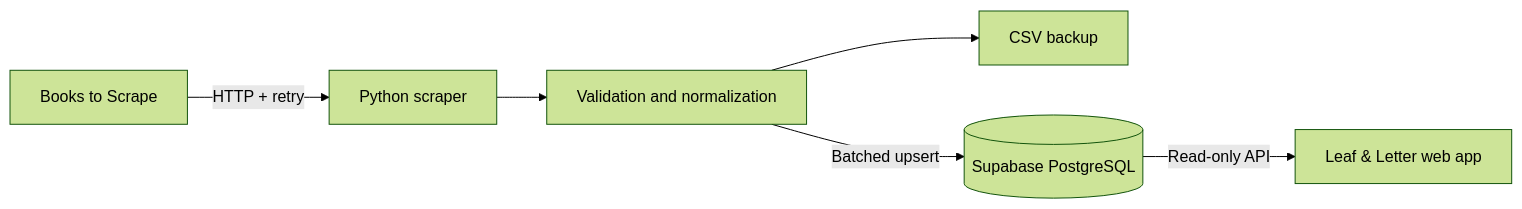
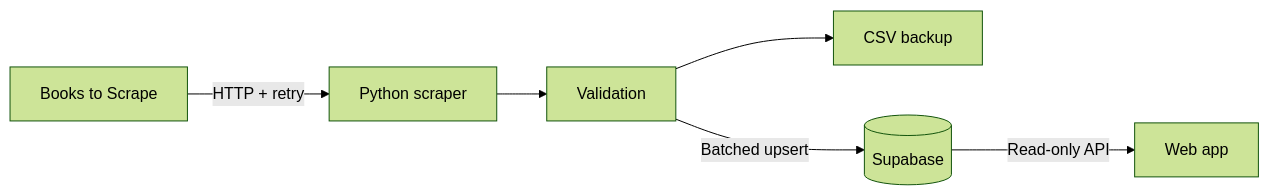
Before and after one commit to uccio-hub/ai-programming-final-projects: the diagram in 02-books-scraper-supabase/README.md, drawn with Mermaid (forest theme). The commit also changed other lines of this file and 3 other files, not shown here.

````diff
--- a/02-books-scraper-supabase/README.md
+++ b/02-books-scraper-supabase/README.md
@@ -9,8 +33,8 @@
 ```mermaid
 flowchart LR
     A[Books to Scrape] -->|HTTP + retry| B[Python scraper]
-    B --> C[Validation and normalization]
+    B --> C[Validation]
     C --> D[CSV backup]
-    C -->|Batched upsert| E[(Supabase PostgreSQL)]
-    E -->|Read-only API| F[Leaf & Letter web app]
+    C -->|Batched upsert| E[(Supabase)]
+    E -->|Read-only API| F[Web app]
 ```
````
